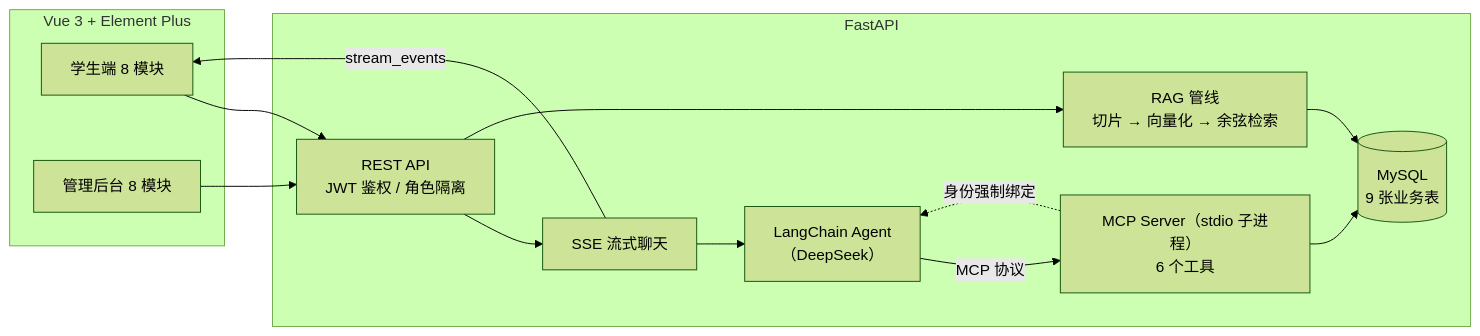
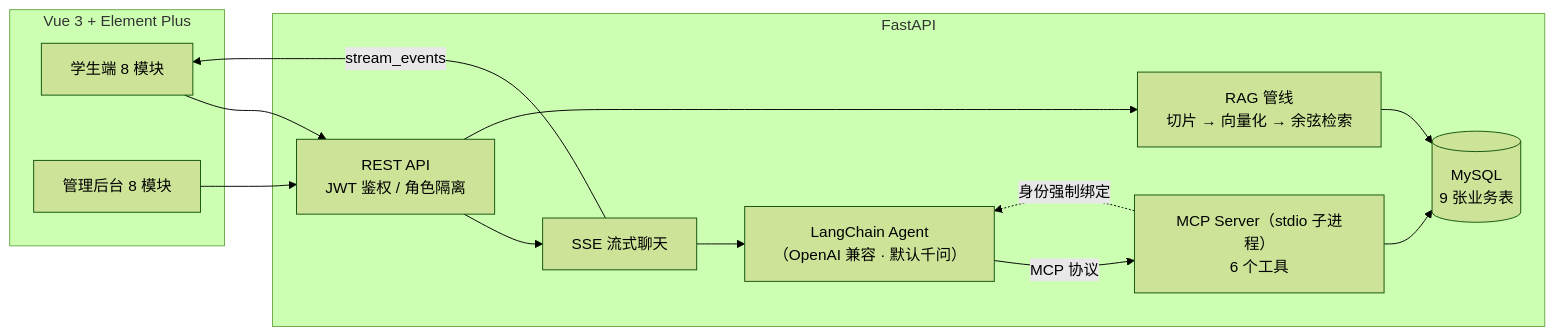
Before and after one commit to Dobelring/course-agent: the diagram in README.md, drawn with Mermaid (forest theme). The commit also changed other lines of this file and 7 other files, not shown here.

````diff
--- a/README.md
+++ b/README.md
@@ -17,25 +17,25 @@
 ```mermaid
 flowchart LR
     subgraph 前端["Vue 3 + Element Plus"]
         S[学生端 8 模块]
         A[管理后台 8 模块]
     end
 
     subgraph 后端["FastAPI"]
         API[REST API<br/>JWT 鉴权 / 角色隔离]
         CHAT[SSE 流式聊天]
-        AGENT["LangChain Agent<br/>（DeepSeek）"]
+        AGENT["LangChain Agent<br/>（OpenAI 兼容 · 默认千问）"]
         MCP["MCP Server（stdio 子进程）<br/>6 个工具"]
         RAG["RAG 管线<br/>切片 → 向量化 → 余弦检索"]
         DB[("MySQL<br/>9 张业务表")]
     end
 
     S --> API
     A --> API
     API --> CHAT --> AGENT
     CHAT -->|stream_events| S
     AGENT -->|MCP 协议| MCP
     MCP --> DB
     API --> RAG --> DB
     MCP -.->|身份强制绑定| AGENT
 ```
````
